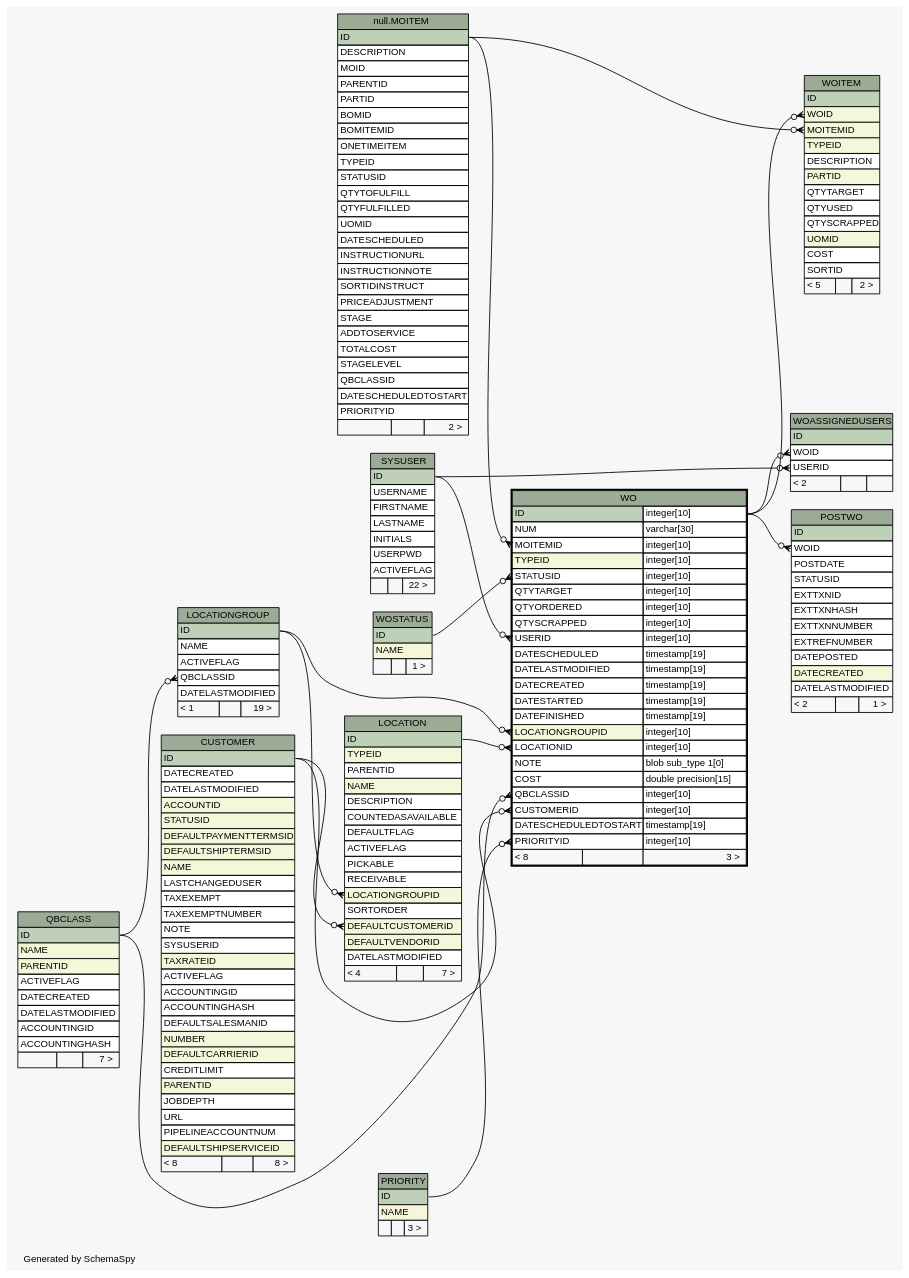
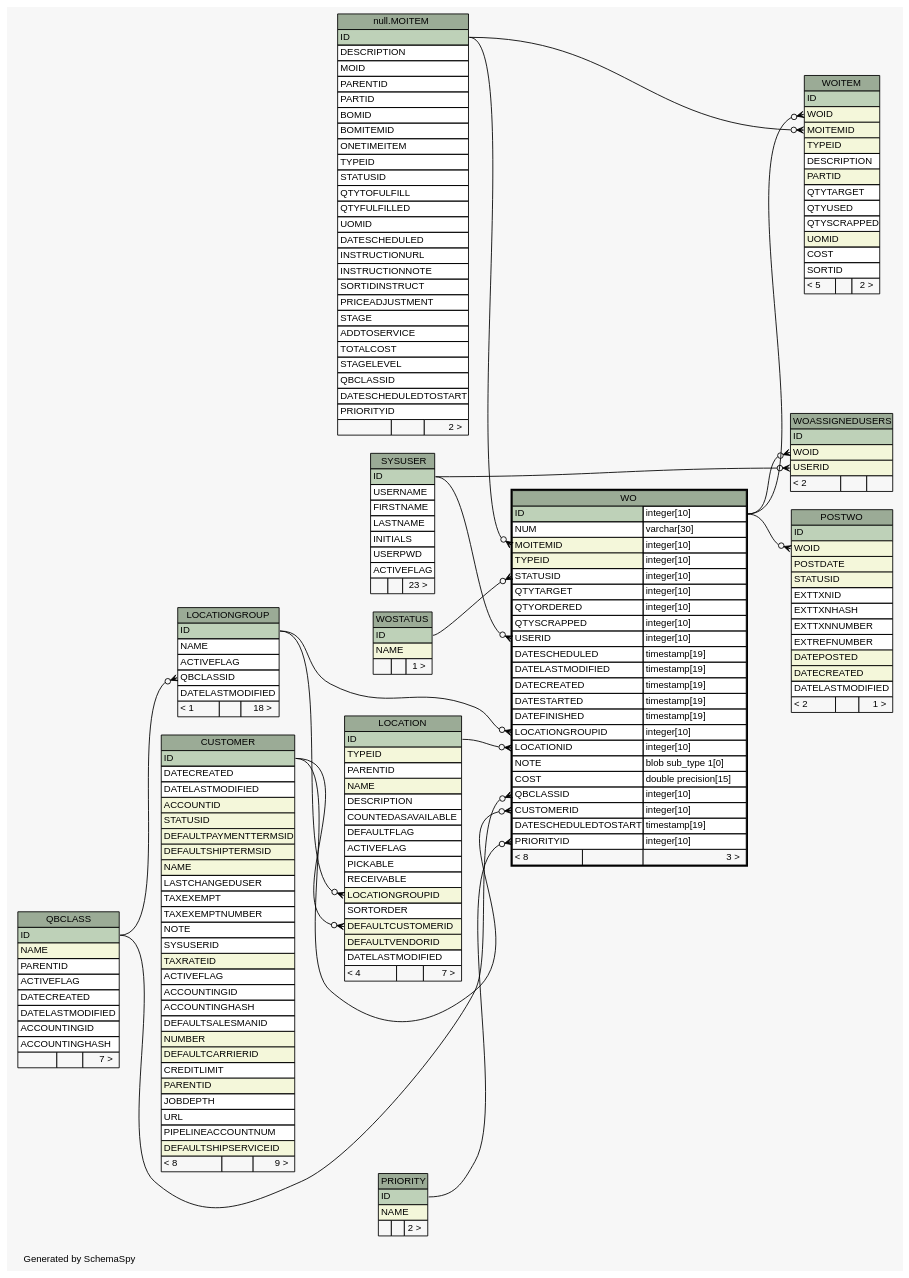
One commit to ilopez/FishbowlDataDictionary changed the diagram in dictionary/Fishbowl2013.5/diagrams/WO.1degree.dot. Above: the diagram before and after it, drawn with Graphviz. The commit also changed 958 other files, not shown here.

Commit message:
Fixed the folder structure and updated db with SQL updates, and re ran schemaspy

```diff
--- a/dictionary/Fishbowl2013.5/diagrams/WO.1degree.dot
+++ b/dictionary/Fishbowl2013.5/diagrams/WO.1degree.dot
@@ -65,7 +65,7 @@
       <TR><TD PORT="URL" COLSPAN="3" ALIGN="LEFT">URL</TD></TR>
       <TR><TD PORT="PIPELINEACCOUNTNUM" COLSPAN="3" ALIGN="LEFT">PIPELINEACCOUNTNUM</TD></TR>
       <TR><TD PORT="DEFAULTSHIPSERVICEID" COLSPAN="3" BGCOLOR="#f4f7da" ALIGN="LEFT">DEFAULTSHIPSERVICEID</TD></TR>
-      <TR><TD ALIGN="LEFT" BGCOLOR="#f7f7f7">&lt; 8</TD><TD ALIGN="RIGHT" BGCOLOR="#f7f7f7">  </TD><TD ALIGN="RIGHT" BGCOLOR="#f7f7f7">8 &gt;</TD></TR>
+      <TR><TD ALIGN="LEFT" BGCOLOR="#f7f7f7">&lt; 8</TD><TD ALIGN="RIGHT" BGCOLOR="#f7f7f7">  </TD><TD ALIGN="RIGHT" BGCOLOR="#f7f7f7">9 &gt;</TD></TR>
     </TABLE>>
     URL="CUSTOMER.html"
     tooltip="CUSTOMER"
@@ -103,7 +103,7 @@
       <TR><TD PORT="ACTIVEFLAG" COLSPAN="3" ALIGN="LEFT">ACTIVEFLAG</TD></TR>
       <TR><TD PORT="QBCLASSID" COLSPAN="3" ALIGN="LEFT">QBCLASSID</TD></TR>
       <TR><TD PORT="DATELASTMODIFIED" COLSPAN="3" ALIGN="LEFT">DATELASTMODIFIED</TD></TR>
-      <TR><TD ALIGN="LEFT" BGCOLOR="#f7f7f7">&lt; 1</TD><TD ALIGN="RIGHT" BGCOLOR="#f7f7f7">  </TD><TD ALIGN="RIGHT" BGCOLOR="#f7f7f7">19 &gt;</TD></TR>
+      <TR><TD ALIGN="LEFT" BGCOLOR="#f7f7f7">&lt; 1</TD><TD ALIGN="RIGHT" BGCOLOR="#f7f7f7">  </TD><TD ALIGN="RIGHT" BGCOLOR="#f7f7f7">18 &gt;</TD></TR>
     </TABLE>>
     URL="LOCATIONGROUP.html"
     tooltip="LOCATIONGROUP"
@@ -146,14 +146,14 @@
     <TABLE BORDER="0" CELLBORDER="1" CELLSPACING="0" BGCOLOR="#ffffff">
       <TR><TD COLSPAN="3" BGCOLOR="#9bab96" ALIGN="CENTER">POSTWO</TD></TR>
       <TR><TD PORT="ID" COLSPAN="3" BGCOLOR="#bed1b8" ALIGN="LEFT">ID</TD></TR>
-      <TR><TD PORT="WOID" COLSPAN="3" ALIGN="LEFT">WOID</TD></TR>
-      <TR><TD PORT="POSTDATE" COLSPAN="3" ALIGN="LEFT">POSTDATE</TD></TR>
-      <TR><TD PORT="STATUSID" COLSPAN="3" ALIGN="LEFT">STATUSID</TD></TR>
+      <TR><TD PORT="WOID" COLSPAN="3" BGCOLOR="#f4f7da" ALIGN="LEFT">WOID</TD></TR>
+      <TR><TD PORT="POSTDATE" COLSPAN="3" BGCOLOR="#f4f7da" ALIGN="LEFT">POSTDATE</TD></TR>
+      <TR><TD PORT="STATUSID" COLSPAN="3" BGCOLOR="#f4f7da" ALIGN="LEFT">STATUSID</TD></TR>
       <TR><TD PORT="EXTTXNID" COLSPAN="3" ALIGN="LEFT">EXTTXNID</TD></TR>
       <TR><TD PORT="EXTTXNHASH" COLSPAN="3" ALIGN="LEFT">EXTTXNHASH</TD></TR>
       <TR><TD PORT="EXTTXNNUMBER" COLSPAN="3" ALIGN="LEFT">EXTTXNNUMBER</TD></TR>
       <TR><TD PORT="EXTREFNUMBER" COLSPAN="3" ALIGN="LEFT">EXTREFNUMBER</TD></TR>
-      <TR><TD PORT="DATEPOSTED" COLSPAN="3" ALIGN="LEFT">DATEPOSTED</TD></TR>
+      <TR><TD PORT="DATEPOSTED" COLSPAN="3" BGCOLOR="#f4f7da" ALIGN="LEFT">DATEPOSTED</TD></TR>
       <TR><TD PORT="DATECREATED" COLSPAN="3" BGCOLOR="#f4f7da" ALIGN="LEFT">DATECREATED</TD></TR>
       <TR><TD PORT="DATELASTMODIFIED" COLSPAN="3" ALIGN="LEFT">DATELASTMODIFIED</TD></TR>
       <TR><TD ALIGN="LEFT" BGCOLOR="#f7f7f7">&lt; 2</TD><TD ALIGN="RIGHT" BGCOLOR="#f7f7f7">  </TD><TD ALIGN="RIGHT" BGCOLOR="#f7f7f7">1 &gt;</TD></TR>
@@ -167,7 +167,7 @@
       <TR><TD COLSPAN="3" BGCOLOR="#9bab96" ALIGN="CENTER">PRIORITY</TD></TR>
       <TR><TD PORT="ID" COLSPAN="3" BGCOLOR="#bed1b8" ALIGN="LEFT">ID</TD></TR>
       <TR><TD PORT="NAME" COLSPAN="3" BGCOLOR="#f4f7da" ALIGN="LEFT">NAME</TD></TR>
-      <TR><TD ALIGN="LEFT" BGCOLOR="#f7f7f7">  </TD><TD ALIGN="RIGHT" BGCOLOR="#f7f7f7">  </TD><TD ALIGN="RIGHT" BGCOLOR="#f7f7f7">3 &gt;</TD></TR>
+      <TR><TD ALIGN="LEFT" BGCOLOR="#f7f7f7">  </TD><TD ALIGN="RIGHT" BGCOLOR="#f7f7f7">  </TD><TD ALIGN="RIGHT" BGCOLOR="#f7f7f7">2 &gt;</TD></TR>
     </TABLE>>
     URL="PRIORITY.html"
     tooltip="PRIORITY"
@@ -178,7 +178,7 @@
       <TR><TD COLSPAN="3" BGCOLOR="#9bab96" ALIGN="CENTER">QBCLASS</TD></TR>
       <TR><TD PORT="ID" COLSPAN="3" BGCOLOR="#bed1b8" ALIGN="LEFT">ID</TD></TR>
       <TR><TD PORT="NAME" COLSPAN="3" BGCOLOR="#f4f7da" ALIGN="LEFT">NAME</TD></TR>
-      <TR><TD PORT="PARENTID" COLSPAN="3" BGCOLOR="#f4f7da" ALIGN="LEFT">PARENTID</TD></TR>
+      <TR><TD PORT="PARENTID" COLSPAN="3" ALIGN="LEFT">PARENTID</TD></TR>
       <TR><TD PORT="ACTIVEFLAG" COLSPAN="3" ALIGN="LEFT">ACTIVEFLAG</TD></TR>
       <TR><TD PORT="DATECREATED" COLSPAN="3" ALIGN="LEFT">DATECREATED</TD></TR>
       <TR><TD PORT="DATELASTMODIFIED" COLSPAN="3" ALIGN="LEFT">DATELASTMODIFIED</TD></TR>
@@ -200,7 +200,7 @@
       <TR><TD PORT="INITIALS" COLSPAN="3" ALIGN="LEFT">INITIALS</TD></TR>
       <TR><TD PORT="USERPWD" COLSPAN="3" ALIGN="LEFT">USERPWD</TD></TR>
       <TR><TD PORT="ACTIVEFLAG" COLSPAN="3" ALIGN="LEFT">ACTIVEFLAG</TD></TR>
-      <TR><TD ALIGN="LEFT" BGCOLOR="#f7f7f7">  </TD><TD ALIGN="RIGHT" BGCOLOR="#f7f7f7">  </TD><TD ALIGN="RIGHT" BGCOLOR="#f7f7f7">22 &gt;</TD></TR>
+      <TR><TD ALIGN="LEFT" BGCOLOR="#f7f7f7">  </TD><TD ALIGN="RIGHT" BGCOLOR="#f7f7f7">  </TD><TD ALIGN="RIGHT" BGCOLOR="#f7f7f7">23 &gt;</TD></TR>
     </TABLE>>
     URL="SYSUSER.html"
     tooltip="SYSUSER"
@@ -211,7 +211,7 @@
       <TR><TD COLSPAN="3" BGCOLOR="#9bab96" ALIGN="CENTER">WO</TD></TR>
       <TR><TD PORT="ID" COLSPAN="2" BGCOLOR="#bed1b8" ALIGN="LEFT">ID</TD><TD PORT="ID.type" ALIGN="LEFT">integer[10]</TD></TR>
       <TR><TD PORT="NUM" COLSPAN="2" ALIGN="LEFT">NUM</TD><TD PORT="NUM.type" ALIGN="LEFT">varchar[30]</TD></TR>
-      <TR><TD PORT="MOITEMID" COLSPAN="2" ALIGN="LEFT">MOITEMID</TD><TD PORT="MOITEMID.type" ALIGN="LEFT">integer[10]</TD></TR>
+      <TR><TD PORT="MOITEMID" COLSPAN="2" BGCOLOR="#f4f7da" ALIGN="LEFT">MOITEMID</TD><TD PORT="MOITEMID.type" ALIGN="LEFT">integer[10]</TD></TR>
       <TR><TD PORT="TYPEID" COLSPAN="2" BGCOLOR="#f4f7da" ALIGN="LEFT">TYPEID</TD><TD PORT="TYPEID.type" ALIGN="LEFT">integer[10]</TD></TR>
       <TR><TD PORT="STATUSID" COLSPAN="2" ALIGN="LEFT">STATUSID</TD><TD PORT="STATUSID.type" ALIGN="LEFT">integer[10]</TD></TR>
       <TR><TD PORT="QTYTARGET" COLSPAN="2" ALIGN="LEFT">QTYTARGET</TD><TD PORT="QTYTARGET.type" ALIGN="LEFT">integer[10]</TD></TR>
@@ -223,7 +223,7 @@
       <TR><TD PORT="DATECREATED" COLSPAN="2" ALIGN="LEFT">DATECREATED</TD><TD PORT="DATECREATED.type" ALIGN="LEFT">timestamp[19]</TD></TR>
       <TR><TD PORT="DATESTARTED" COLSPAN="2" ALIGN="LEFT">DATESTARTED</TD><TD PORT="DATESTARTED.type" ALIGN="LEFT">timestamp[19]</TD></TR>
       <TR><TD PORT="DATEFINISHED" COLSPAN="2" ALIGN="LEFT">DATEFINISHED</TD><TD PORT="DATEFINISHED.type" ALIGN="LEFT">timestamp[19]</TD></TR>
-      <TR><TD PORT="LOCATIONGROUPID" COLSPAN="2" BGCOLOR="#f4f7da" ALIGN="LEFT">LOCATIONGROUPID</TD><TD PORT="LOCATIONGROUPID.type" ALIGN="LEFT">integer[10]</TD></TR>
+      <TR><TD PORT="LOCATIONGROUPID" COLSPAN="2" ALIGN="LEFT">LOCATIONGROUPID</TD><TD PORT="LOCATIONGROUPID.type" ALIGN="LEFT">integer[10]</TD></TR>
       <TR><TD PORT="LOCATIONID" COLSPAN="2" ALIGN="LEFT">LOCATIONID</TD><TD PORT="LOCATIONID.type" ALIGN="LEFT">integer[10]</TD></TR>
       <TR><TD PORT="NOTE" COLSPAN="2" ALIGN="LEFT">NOTE</TD><TD PORT="NOTE.type" ALIGN="LEFT">blob sub_type 1[0]</TD></TR>
       <TR><TD PORT="COST" COLSPAN="2" ALIGN="LEFT">COST</TD><TD PORT="COST.type" ALIGN="LEFT">double precision[15]</TD></TR>
@@ -241,8 +241,8 @@
     <TABLE BORDER="0" CELLBORDER="1" CELLSPACING="0" BGCOLOR="#ffffff">
       <TR><TD COLSPAN="3" BGCOLOR="#9bab96" ALIGN="CENTER">WOASSIGNEDUSERS</TD></TR>
       <TR><TD PORT="ID" COLSPAN="3" BGCOLOR="#bed1b8" ALIGN="LEFT">ID</TD></TR>
-      <TR><TD PORT="WOID" COLSPAN="3" ALIGN="LEFT">WOID</TD></TR>
-      <TR><TD PORT="USERID" COLSPAN="3" ALIGN="LEFT">USERID</TD></TR>
+      <TR><TD PORT="WOID" COLSPAN="3" BGCOLOR="#f4f7da" ALIGN="LEFT">WOID</TD></TR>
+      <TR><TD PORT="USERID" COLSPAN="3" BGCOLOR="#f4f7da" ALIGN="LEFT">USERID</TD></TR>
       <TR><TD ALIGN="LEFT" BGCOLOR="#f7f7f7">&lt; 2</TD><TD ALIGN="RIGHT" BGCOLOR="#f7f7f7">  </TD><TD ALIGN="RIGHT" BGCOLOR="#f7f7f7">  </TD></TR>
     </TABLE>>
     URL="WOASSIGNEDUSERS.html"
```
